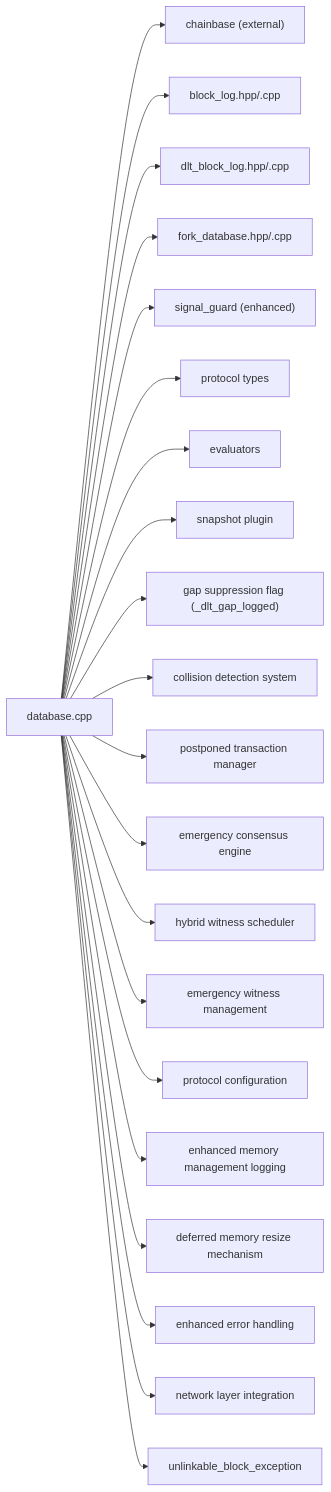
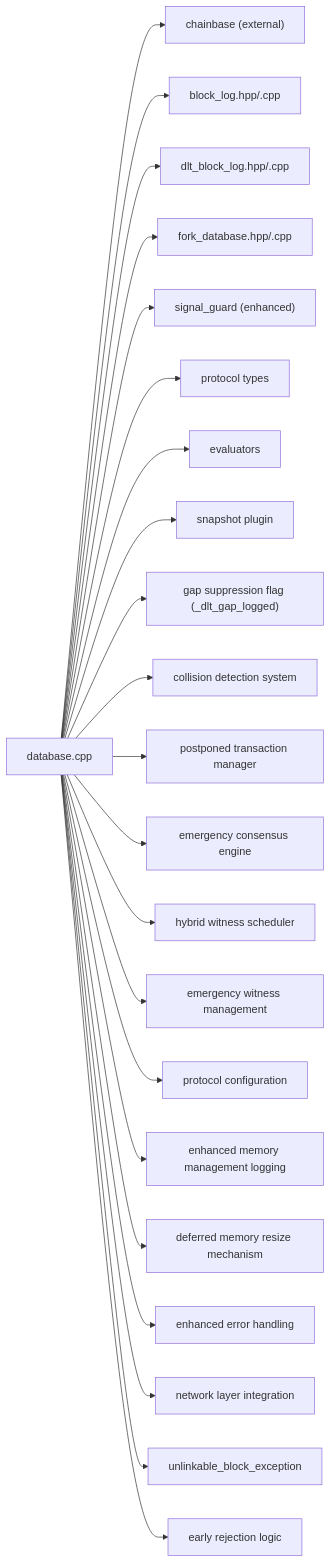
Before and after one commit to VIZ-Blockchain/viz-cpp-node: diagram 26 of 26 in .qoder/repowiki/en/content/Architecture Overview/Core Libraries/Chain Library/Database Management/Database Management.md, drawn with Mermaid. The commit also changed other lines of this file and 3 other files, not shown here.

First line of the commit message:
fix(database): add early rejection logic to prevent fork db exceptions and sync loops

````diff
--- a/.qoder/repowiki/en/content/Architecture Overview/Core Libraries/Chain Library/Database Management/Database Management.md
+++ b/.qoder/repowiki/en/content/Architecture Overview/Core Libraries/Chain Library/Database Management/Database Management.md
@@ -1183,23 +1268,24 @@
 ```mermaid
 graph LR
 DB["database.cpp"] --> CB["chainbase (external)"]
 DB --> BL["block_log.hpp/.cpp"]
 DB --> DLT["dlt_block_log.hpp/.cpp"]
 DB --> FD["fork_database.hpp/.cpp"]
 DB --> SG["signal_guard (enhanced)"]
 DB --> PT["protocol types"]
 DB --> EV["evaluators"]
 DB --> SNAP["snapshot plugin"]
 DB --> GAP["gap suppression flag (_dlt_gap_logged)"]
 DB --> COLL["collision detection system"]
 DB --> POST["postponed transaction manager"]
 DB --> EMER["emergency consensus engine"]
 DB --> HYBRID["hybrid witness scheduler"]
 DB --> WITNESS["emergency witness management"]
 DB --> PROTO["protocol configuration"]
 DB --> MEMLOG["enhanced memory management logging"]
 DB --> DEFER["deferred memory resize mechanism"]
 DB --> ERROR["enhanced error handling"]
 DB --> NETWORK["network layer integration"]
 DB --> UNLINK["unlinkable_block_exception"]
+DB --> EARLY["early rejection logic"]
 ```
````
